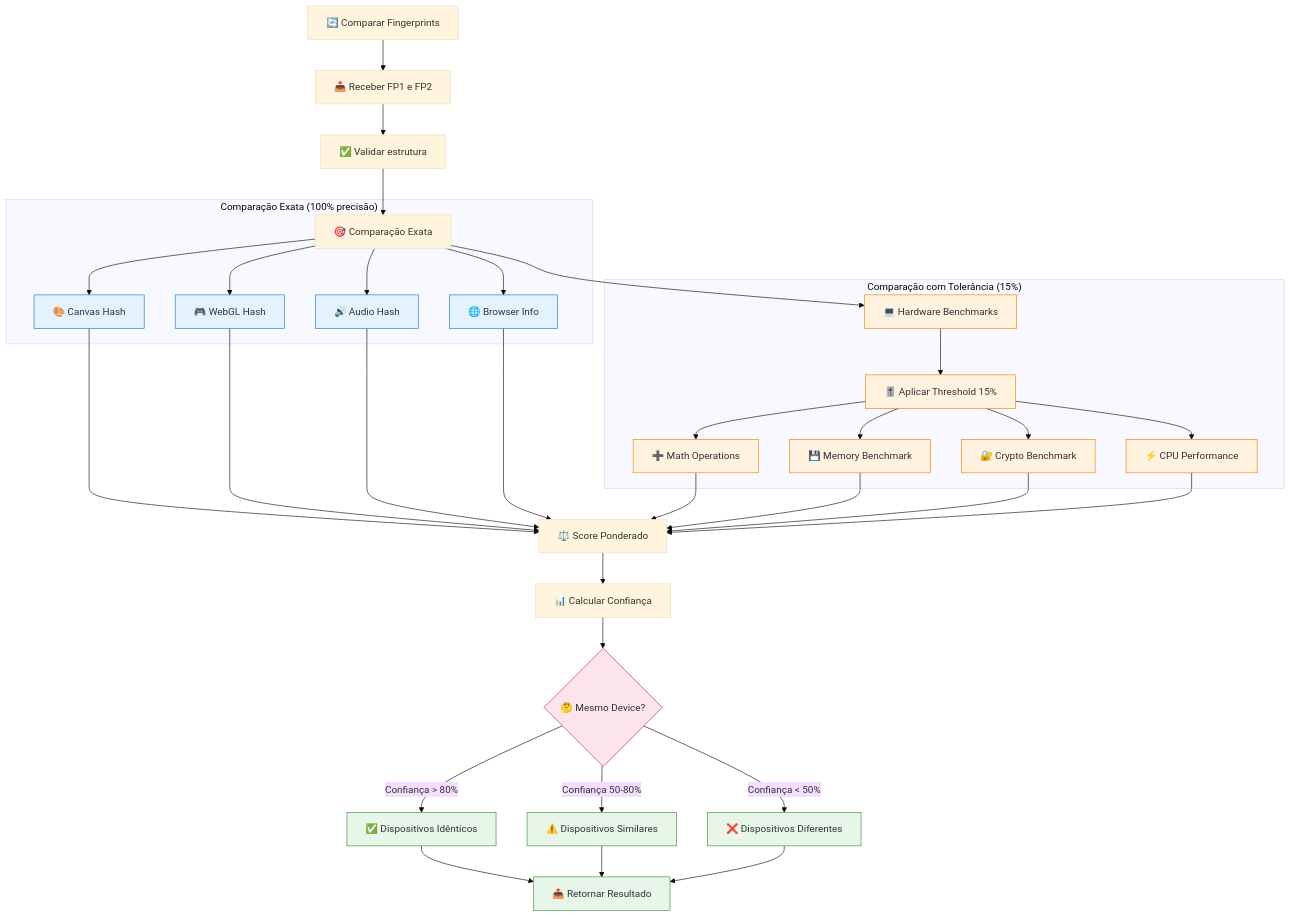
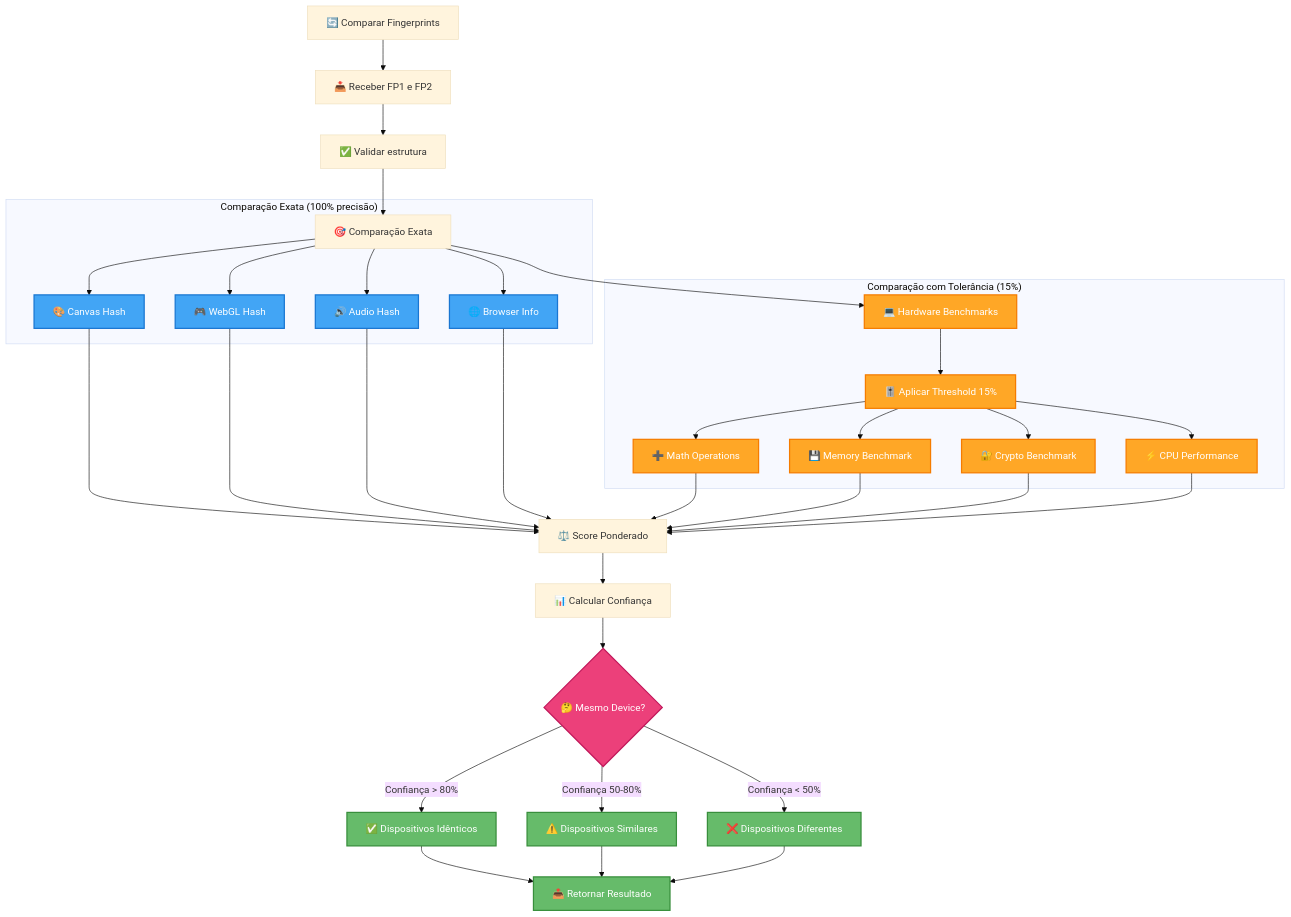
The fifth of 6 diagrams in .context/system-architecture.md (acauanrr/wasm-fingerprint), drawn with Mermaid (base theme) before and after one commit. The commit also changed other lines of this file, not shown here.

First line of the commit message:
Improve diagram color palettes for better readability

````diff
--- a/.context/system-architecture.md
+++ b/.context/system-architecture.md
@@ -408,52 +408,52 @@
 ```mermaid
 flowchart TD
     START[🔄 Comparar Fingerprints] --> RECEIVE[📥 Receber FP1 e FP2]
     RECEIVE --> VALIDATE[✅ Validar estrutura]
     VALIDATE --> EXACT_COMPARE[🎯 Comparação Exata]
 
     subgraph "Comparação Exata (100% precisão)"
         EXACT_COMPARE --> CANVAS_CMP[🎨 Canvas Hash]
         EXACT_COMPARE --> WEBGL_CMP[🎮 WebGL Hash]
         EXACT_COMPARE --> AUDIO_CMP[🔊 Audio Hash]
         EXACT_COMPARE --> BROWSER_CMP[🌐 Browser Info]
     end
 
     subgraph "Comparação com Tolerância (15%)"
         EXACT_COMPARE --> HARDWARE_CMP[💻 Hardware Benchmarks]
         HARDWARE_CMP --> THRESHOLD[🎚️ Aplicar Threshold 15%]
         THRESHOLD --> MATH_TOL[➕ Math Operations]
         THRESHOLD --> MEMORY_TOL[💾 Memory Benchmark]
         THRESHOLD --> CRYPTO_TOL[🔐 Crypto Benchmark]
         THRESHOLD --> CPU_TOL[⚡ CPU Performance]
     end
 
     CANVAS_CMP --> WEIGHTED[⚖️ Score Ponderado]
     WEBGL_CMP --> WEIGHTED
     AUDIO_CMP --> WEIGHTED
     BROWSER_CMP --> WEIGHTED
     MATH_TOL --> WEIGHTED
     MEMORY_TOL --> WEIGHTED
     CRYPTO_TOL --> WEIGHTED
     CPU_TOL --> WEIGHTED
 
     WEIGHTED --> CONFIDENCE[📊 Calcular Confiança]
     CONFIDENCE --> DECISION{🤔 Mesmo Device?}
 
     DECISION -->|Confiança > 80%| MATCH[✅ Dispositivos Idênticos]
     DECISION -->|Confiança 50-80%| SIMILAR[⚠️ Dispositivos Similares]
     DECISION -->|Confiança < 50%| DIFFERENT[❌ Dispositivos Diferentes]
 
     MATCH --> RESPONSE[📤 Retornar Resultado]
     SIMILAR --> RESPONSE
     DIFFERENT --> RESPONSE
 
-    classDef exact fill:#e3f2fd,stroke:#1976d2
-    classDef tolerance fill:#fff3e0,stroke:#f57c00
-    classDef result fill:#e8f5e9,stroke:#388e3c
-    classDef decision fill:#fce4ec,stroke:#c2185b
+    classDef exact fill:#42a5f5,stroke:#1976d2,stroke-width:2px,color:#fff
+    classDef tolerance fill:#ffa726,stroke:#f57c00,stroke-width:2px,color:#fff
+    classDef result fill:#66bb6a,stroke:#388e3c,stroke-width:2px,color:#fff
+    classDef decision fill:#ec407a,stroke:#c2185b,stroke-width:2px,color:#fff
 
     class CANVAS_CMP,WEBGL_CMP,AUDIO_CMP,BROWSER_CMP exact
     class HARDWARE_CMP,THRESHOLD,MATH_TOL,MEMORY_TOL,CRYPTO_TOL,CPU_TOL tolerance
     class MATCH,SIMILAR,DIFFERENT,RESPONSE result
     class DECISION decision
 ```
````
